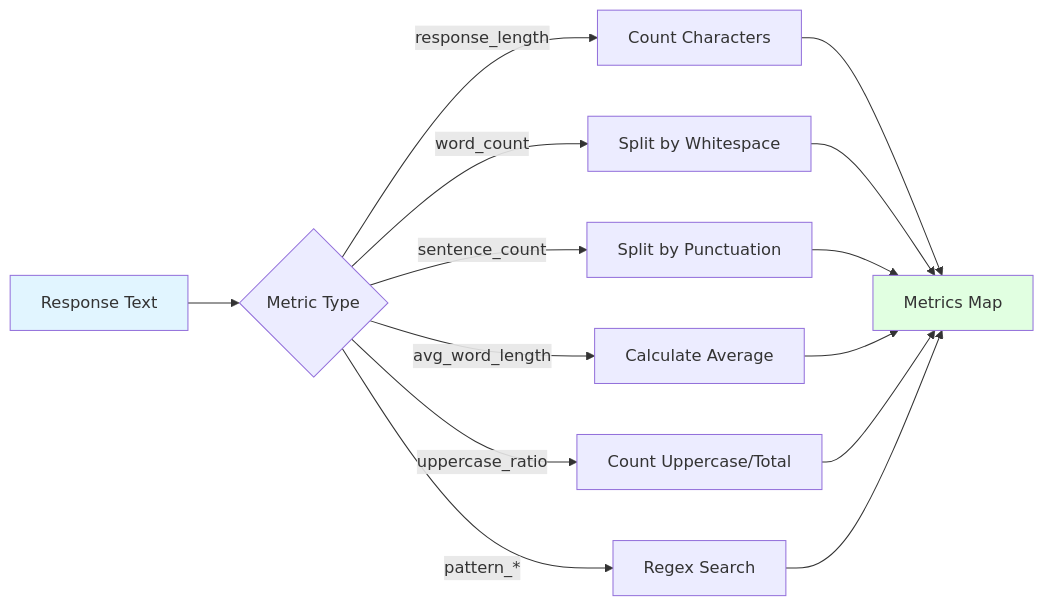
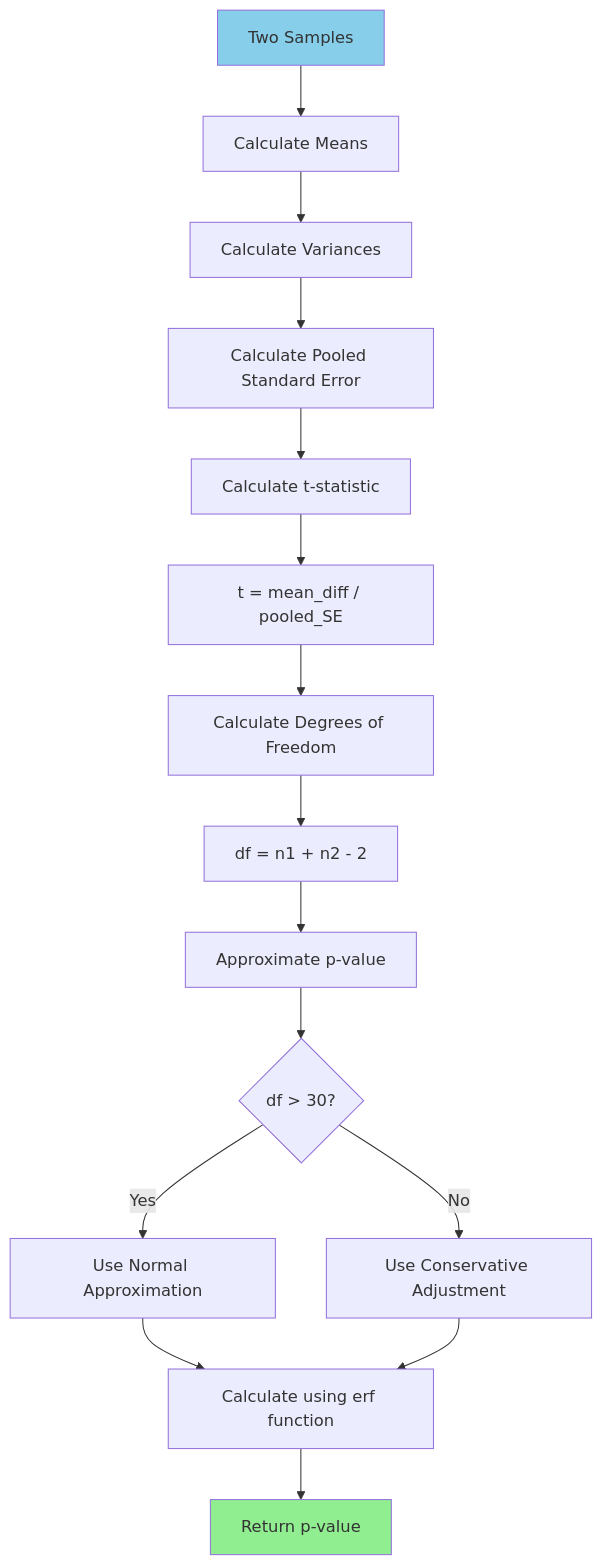
Before and after one commit to SimiaCryptus/Cognotik: diagram 11 of 22 in docs/LLMExperimentTask.md, drawn with Mermaid. The commit also changed other lines of this file and 7 other files, not shown here.

````diff
--- a/docs/LLMExperimentTask.md
+++ b/docs/LLMExperimentTask.md
@@ -312,21 +370,20 @@
 ```mermaid
-flowchart LR
-    A[Response Text] --> B{Metric Type}
+flowchart TD
+    A[Two Samples] --> B[Calculate Means]
+    B --> C[Calculate Variances]
+    C --> D[Calculate Pooled Standard Error]
+    D --> E[Calculate t-statistic]
+    E --> F[t = mean_diff / pooled_SE]
+    F --> G[Calculate Degrees of Freedom]
+    G --> H[df = n1 + n2 - 2]
+    H --> I[Approximate p-value]
+    I --> J{df > 30?}
+    J -->|Yes| K[Use Normal Approximation]
+    J -->|No| L[Use Conservative Adjustment]
+    K --> M[Calculate using erf function]
+    L --> M
+    M --> N[Return p-value]
 
-    B -->|response_length| C[Count Characters]
-    B -->|word_count| D[Split by Whitespace]
-    B -->|sentence_count| E[Split by Punctuation]
-    B -->|avg_word_length| F[Calculate Average]
-    B -->|uppercase_ratio| G[Count Uppercase/Total]
-    B -->|pattern_*| H[Regex Search]
-
-    C --> I[Metrics Map]
-    D --> I
-    E --> I
-    F --> I
-    G --> I
-    H --> I
-
-    style A fill:#e1f5ff
-    style I fill:#e1ffe1
+    style A fill:#87CEEB
+    style N fill:#90EE90
 ```
````
